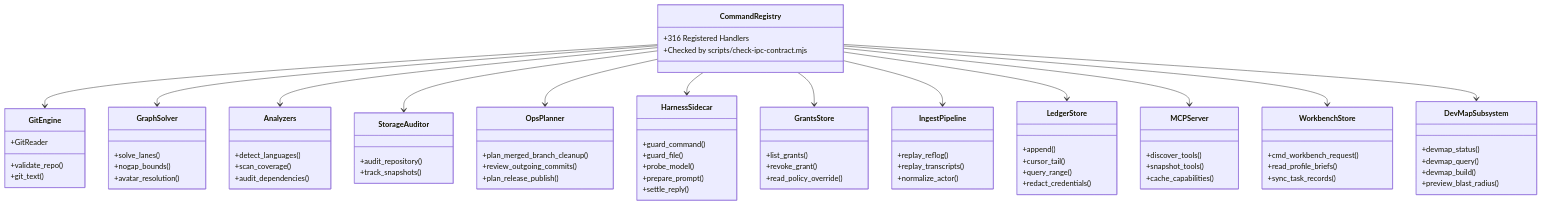
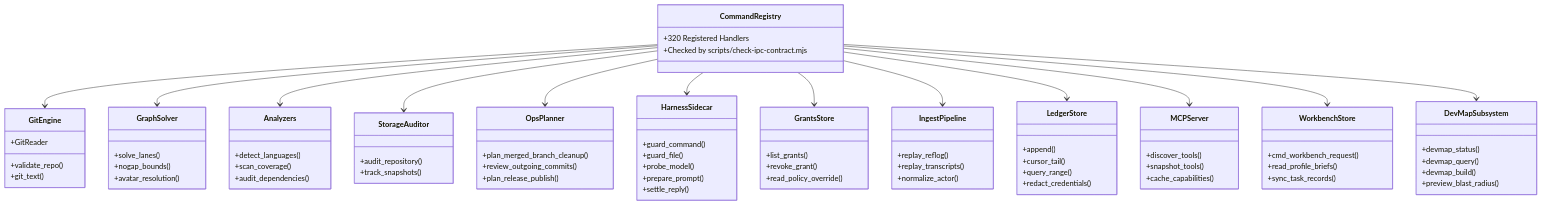
One commit to bharathvbcr/GitPulse changed the third of 5 diagrams in docs/ARCHITECTURE.md. Above: the diagram before and after it, drawn with Mermaid. The commit also changed other lines of this file and 57 other files, not shown here.

````diff
--- a/docs/ARCHITECTURE.md
+++ b/docs/ARCHITECTURE.md
@@ -202,7 +202,7 @@
 ```mermaid
 classDiagram
     class CommandRegistry {
-        +316 Registered Handlers
+        +320 Registered Handlers
         +Checked by scripts/check-ipc-contract.mjs
     }
     class GitEngine {
````
